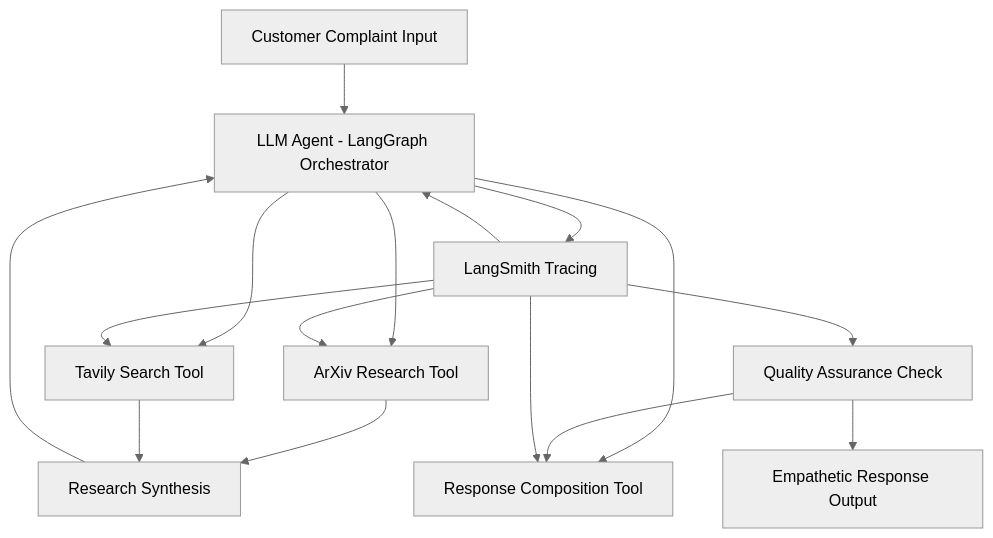
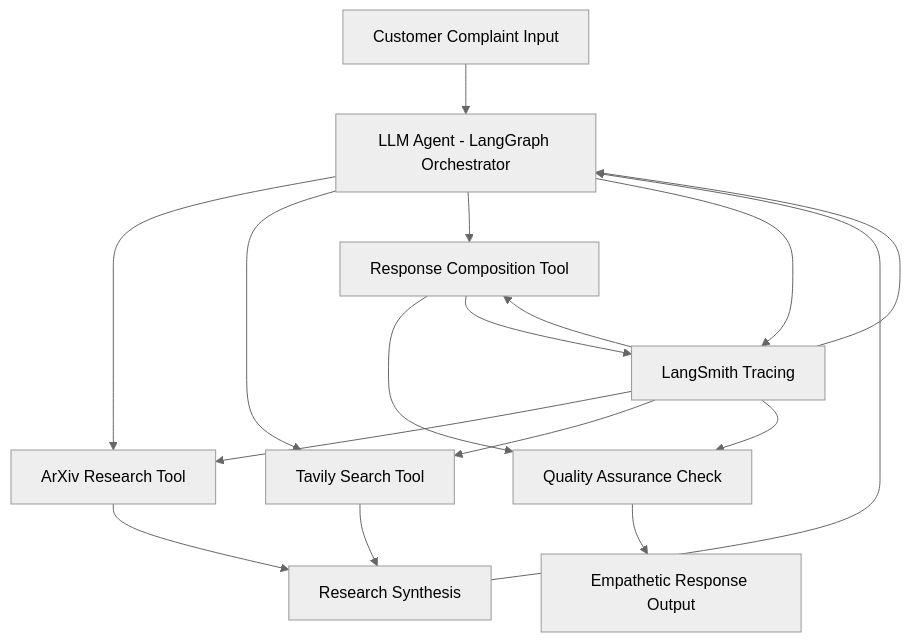
One commit to ovokpus/ReplySight changed the diagram in README.md. Above: the diagram before and after it, drawn with Mermaid (neutral theme).

Commit message:
updated graph

````diff
--- a/README.md
+++ b/README.md
@@ -365,19 +365,19 @@
 ```mermaid
 graph TD
     A[Customer Complaint Input] --> B[LLM Agent - LangGraph Orchestrator]
     B --> C[ArXiv Research Tool]
     B --> D[Tavily Search Tool]
     C --> E[Research Synthesis]
     E --> B
     D --> E
     B --> F[Response Composition Tool]
-    G[Quality Assurance Check] --> F
+    F --> G[Quality Assurance Check]
     G --> H[Empathetic Response Output]
-    
+    F --> I
     B --> I[LangSmith Tracing]
     I --> B
     I --> C
     I --> D
     I --> F
     I --> G
 ```
````
